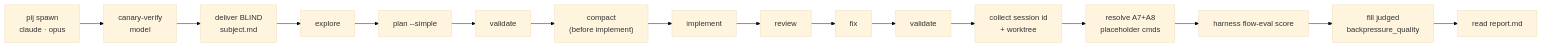
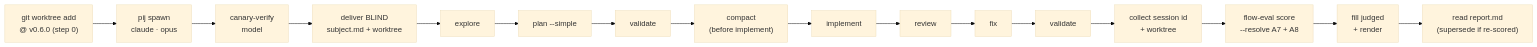
The diagram in live-testing/scenarios/md-to-pdf/prompts/orchestrator.md (AI-Substrate/harness-engineering), drawn with Mermaid (base theme) before and after one commit. The commit also changed other lines of this file and 17 other files, not shown here.

First line of the commit message:
feat(flow-eval-046): comparability round — per-run --resolve, ledger supersede, pinned-worktree runbook (task 4.6)

````diff
--- a/live-testing/scenarios/md-to-pdf/prompts/orchestrator.md
+++ b/live-testing/scenarios/md-to-pdf/prompts/orchestrator.md
@@ -133,14 +177,14 @@
 ```mermaid
 flowchart LR
-    spawn["pij spawn<br/>claude · opus"] --> canary["canary-verify<br/>model"]
-    canary --> blind["deliver BLIND<br/>subject.md"]
+    worktree["git worktree add<br/>@ v0.6.0 (step 0)"] --> spawn["pij spawn<br/>claude · opus"]
+    spawn --> canary["canary-verify<br/>model"]
+    canary --> blind["deliver BLIND<br/>subject.md + worktree"]
     blind --> explore --> plan["plan --simple"]
     plan --> validate1["validate"]
     validate1 --> compact["compact<br/>(before implement)"]
     compact --> implement --> review --> fix --> validate2["validate"]
     validate2 --> collect["collect session id<br/>+ worktree"]
-    collect --> resolve["resolve A7+A8<br/>placeholder cmds"]
-    resolve --> score["harness flow-eval score"]
-    score --> judged["fill judged<br/>backpressure_quality"]
-    judged --> report["read report.md"]
+    collect --> score["flow-eval score<br/>--resolve A7 + A8"]
+    score --> judged["fill judged<br/>+ render"]
+    judged --> report["read report.md<br/>(supersede if re-scored)"]
 ```
````
